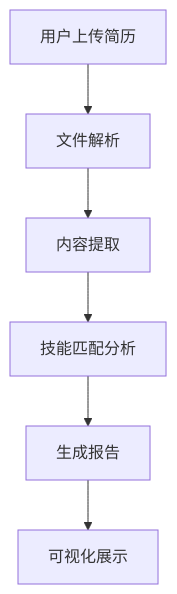
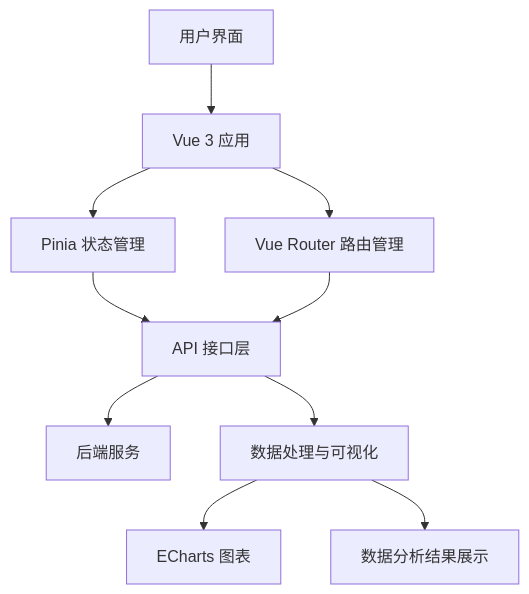
One commit to DavidHLP/BossAnalyze changed the first of 4 diagrams in vue/README.md. Above: the diagram before and after it, drawn with Mermaid. The commit also changed other lines of this file and 59 other files, not shown here.

````diff
--- a/vue/README.md
+++ b/vue/README.md
@@ -121,8 +7,12 @@
 ```mermaid
-flowchart TD
-    A[用户上传简历] --> B[文件解析]
-    B --> C[内容提取]
-    C --> D[技能匹配分析]
-    D --> E[生成报告]
-    E --> F[可视化展示]
+graph TD
+    A[用户界面] --> B[Vue 3 应用]
+    B --> C[Pinia 状态管理]
+    B --> D[Vue Router 路由管理]
+    C --> E[API 接口层]
+    D --> E
+    E --> F[后端服务]
+    E --> G[数据处理与可视化]
+    G --> H[ECharts 图表]
+    G --> I[数据分析结果展示]
 ```
````
